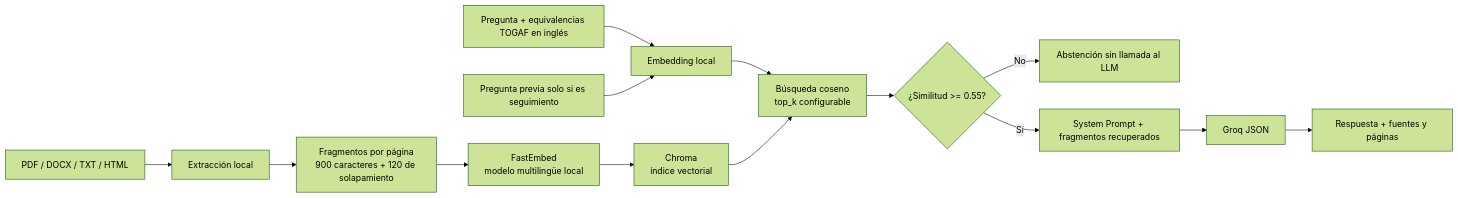
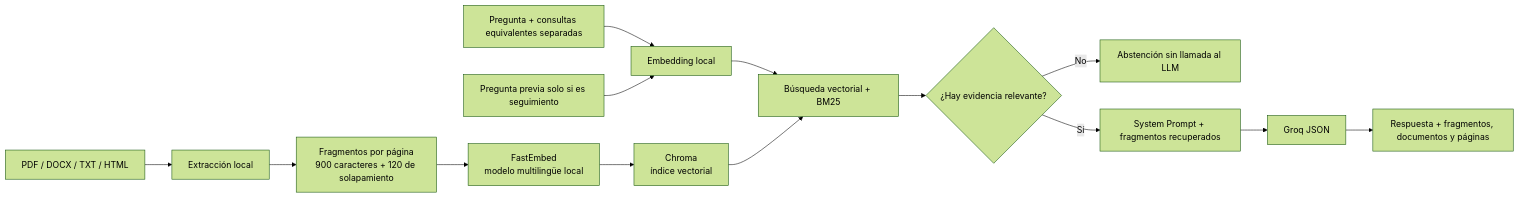
The diagram in README.md (SharonKarina/Tutor-TOGAF), drawn with Mermaid (forest theme) before and after one commit. The commit also changed other lines of this file and 4 other files, not shown here.

````diff
--- a/README.md
+++ b/README.md
@@ -29,16 +29,16 @@
 ```mermaid
 flowchart LR
     A[PDF / DOCX / TXT / HTML] --> B[Extracción local]
     B --> C[Fragmentos por página\n900 caracteres + 120 de solapamiento]
     C --> D[FastEmbed\nmodelo multilingüe local]
     D --> E[Chroma\níndice vectorial]
-    F[Pregunta + equivalencias TOGAF en inglés] --> G[Embedding local]
+    F[Pregunta + consultas equivalentes separadas] --> G[Embedding local]
     X[Pregunta previa solo si es seguimiento] --> G
-    G --> H[Búsqueda coseno\ntop_k configurable]
+    G --> H[Búsqueda vectorial + BM25]
     E --> H
-    H --> I{¿Similitud >= 0.55?}
+    H --> I{¿Hay evidencia relevante?}
     I -->|No| J[Abstención sin llamada al LLM]
     I -->|Sí| K[System Prompt + fragmentos recuperados]
     K --> L[Groq JSON]
-    L --> M[Respuesta + fuentes y páginas]
+    L --> M[Respuesta + fragmentos, documentos y páginas]
 ```
````
